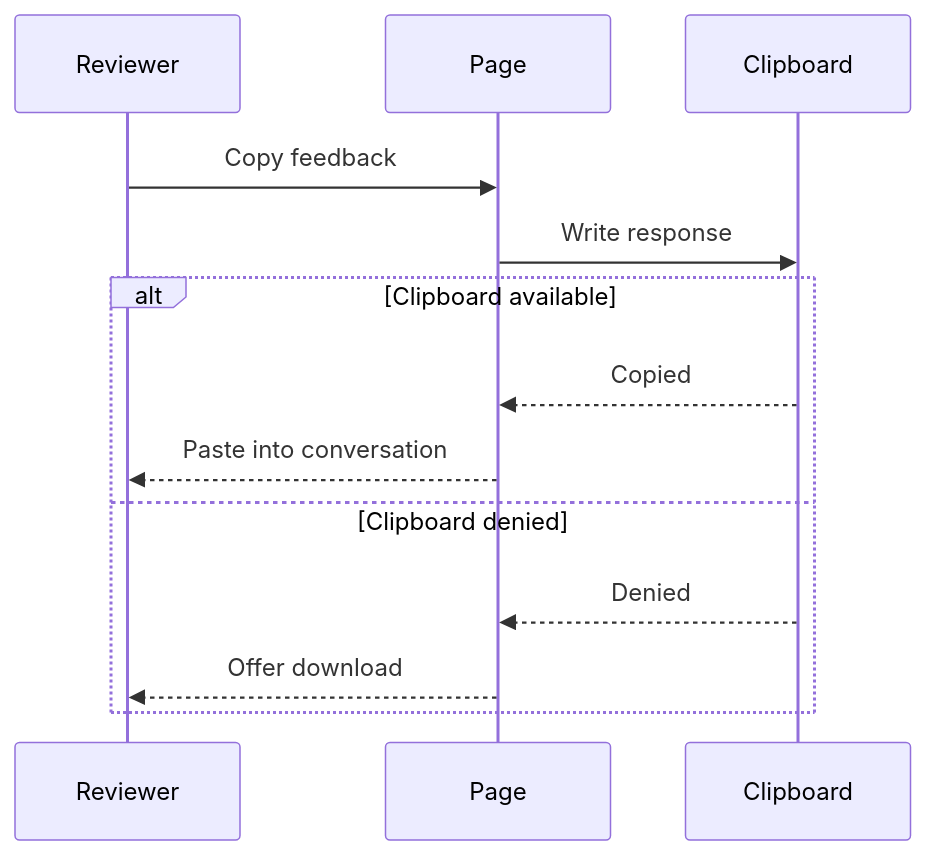
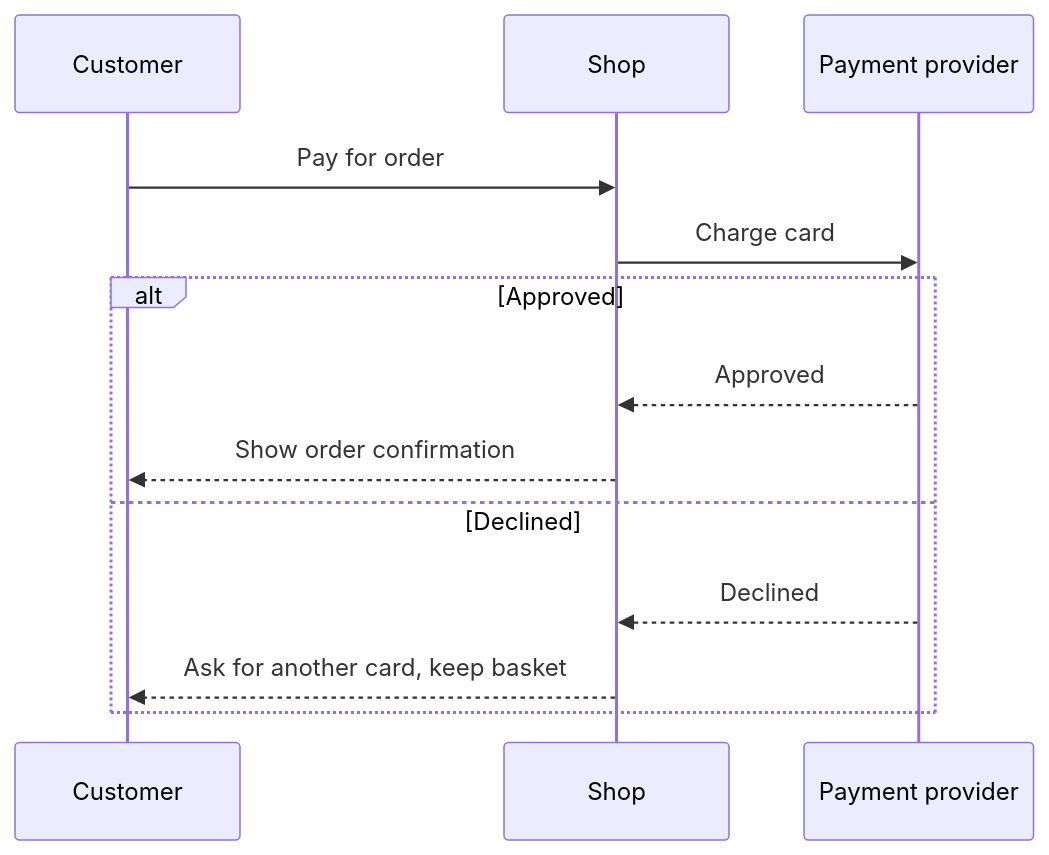
The diagram in checks/sequence.mmd (asabirov/mermaid-diagrams-skill), drawn with Mermaid before and after one commit. The commit also changed 11 other files, not shown here.

```diff
--- a/checks/sequence.mmd
+++ b/checks/sequence.mmd
@@ -1,15 +1,15 @@
 sequenceDiagram
-accTitle: Copying feedback with a recovery path
-accDescr: The reviewer asks the page to copy feedback. If clipboard access fails, the page offers a download. No direct agent submission occurs.
-participant Reviewer
-participant Page
-participant Clipboard
-Reviewer->>Page: Copy feedback
-Page->>Clipboard: Write response
-alt Clipboard available
-Clipboard-->>Page: Copied
-Page-->>Reviewer: Paste into conversation
-else Clipboard denied
-Clipboard-->>Page: Denied
-Page-->>Reviewer: Offer download
+accTitle: Card payment with a decline path
+accDescr: The customer pays, the shop asks the payment provider to charge the card. If approved, the shop confirms the order. If declined, the shop asks for another card and keeps the basket.
+participant Customer
+participant Shop
+participant Provider as Payment provider
+Customer->>Shop: Pay for order
+Shop->>Provider: Charge card
+alt Approved
+Provider-->>Shop: Approved
+Shop-->>Customer: Show order confirmation
+else Declined
+Provider-->>Shop: Declined
+Shop-->>Customer: Ask for another card, keep basket
 end
```
